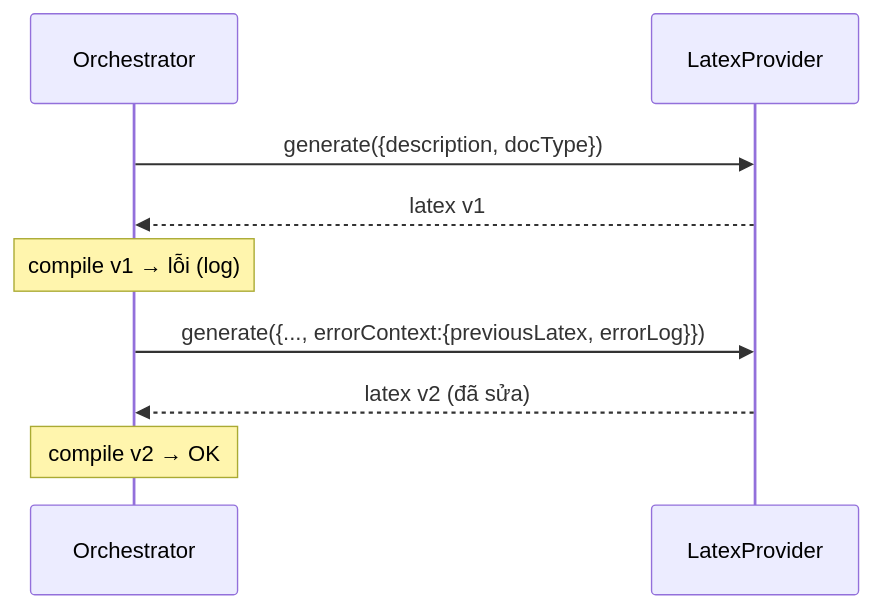
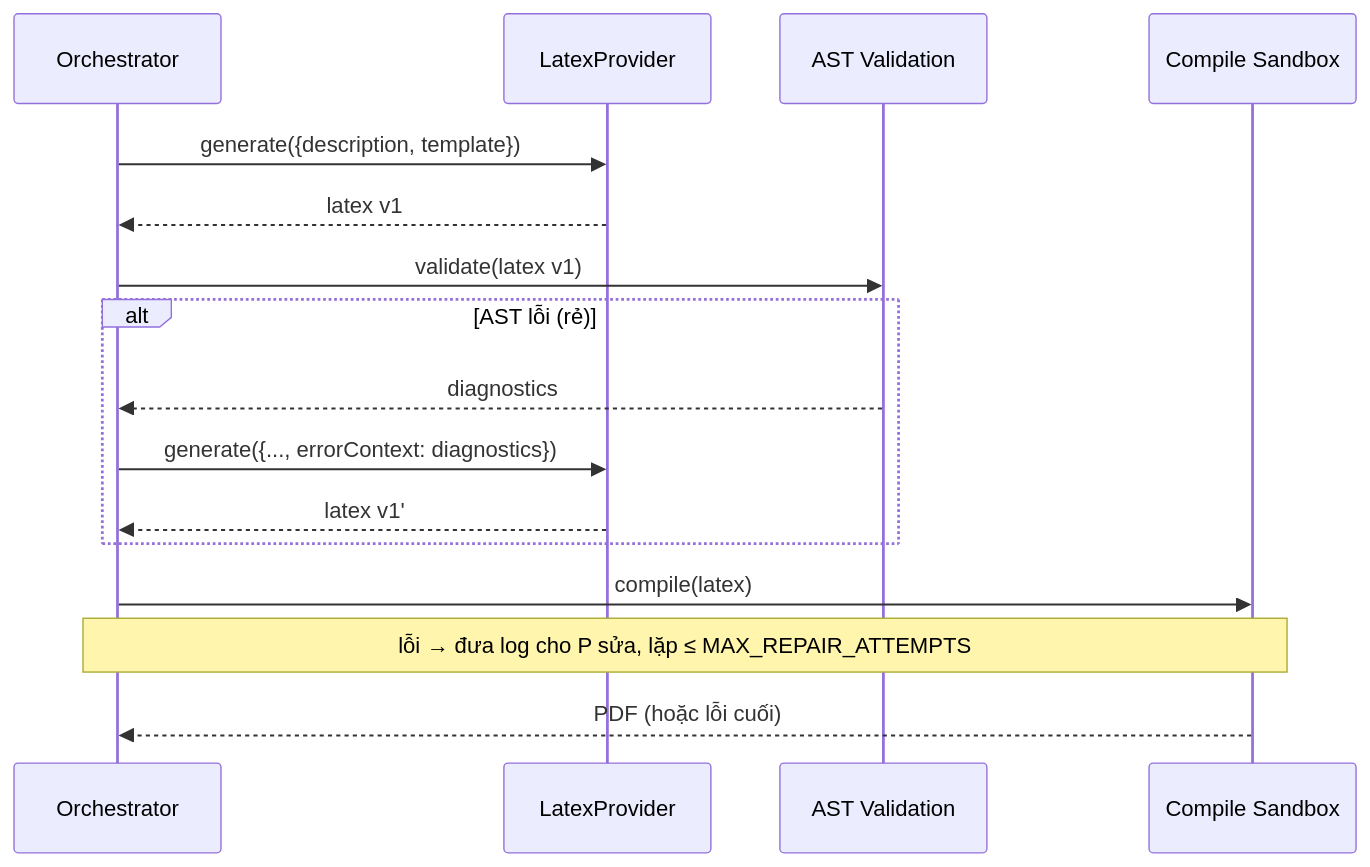
One commit to duonghoang231203/ai-latex-generator changed the diagram in docs/06-ai-integration.md. Above: the diagram before and after it, drawn with Mermaid. The commit also changed other lines of this file and 8 other files, not shown here.

````diff
--- a/docs/06-ai-integration.md
+++ b/docs/06-ai-integration.md
@@ -100,11 +109,18 @@
 ```mermaid
 sequenceDiagram
     participant O as Orchestrator
     participant P as LatexProvider
-    O->>P: generate({description, docType})
+    participant V as AST Validation
+    participant C as Compile Sandbox
+    O->>P: generate({description, template})
     P-->>O: latex v1
-    Note over O: compile v1 → lỗi (log)
-    O->>P: generate({..., errorContext:{previousLatex, errorLog}})
-    P-->>O: latex v2 (đã sửa)
-    Note over O: compile v2 → OK
+    O->>V: validate(latex v1)
+    alt AST lỗi (rẻ)
+        V-->>O: diagnostics
+        O->>P: generate({..., errorContext: diagnostics})
+        P-->>O: latex v1'
+    end
+    O->>C: compile(latex)
+    Note over O,C: lỗi → đưa log cho P sửa, lặp ≤ MAX_REPAIR_ATTEMPTS
+    C-->>O: PDF (hoặc lỗi cuối)
 ```
````
